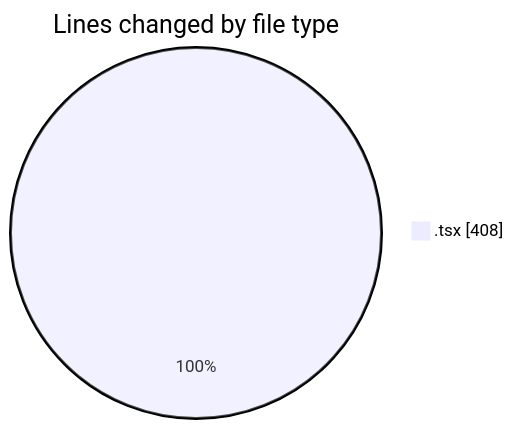
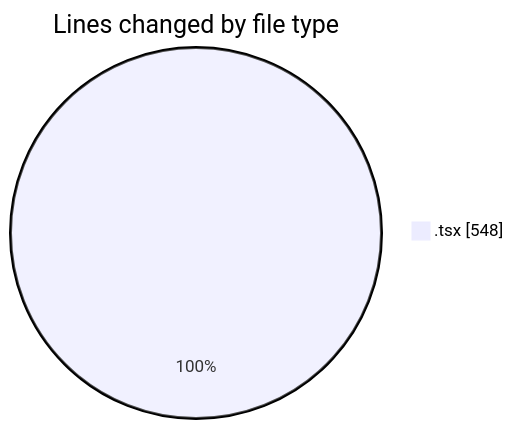
One commit to julien-gomy/code-tracking changed the first of 2 diagrams in 2025-10-11/eventscop-frontend-guide__workspace_/README.md. Above: the diagram before and after it, drawn with Mermaid. The commit also changed other lines of this file and 1 other file, not shown here.

````diff
--- a/2025-10-11/eventscop-frontend-guide__workspace_/README.md
+++ b/2025-10-11/eventscop-frontend-guide__workspace_/README.md
@@ -20,5 +22,5 @@
 ```mermaid
 pie showData
 title Lines changed by file type
-".tsx" : 408
+".tsx" : 548
 ```
````
